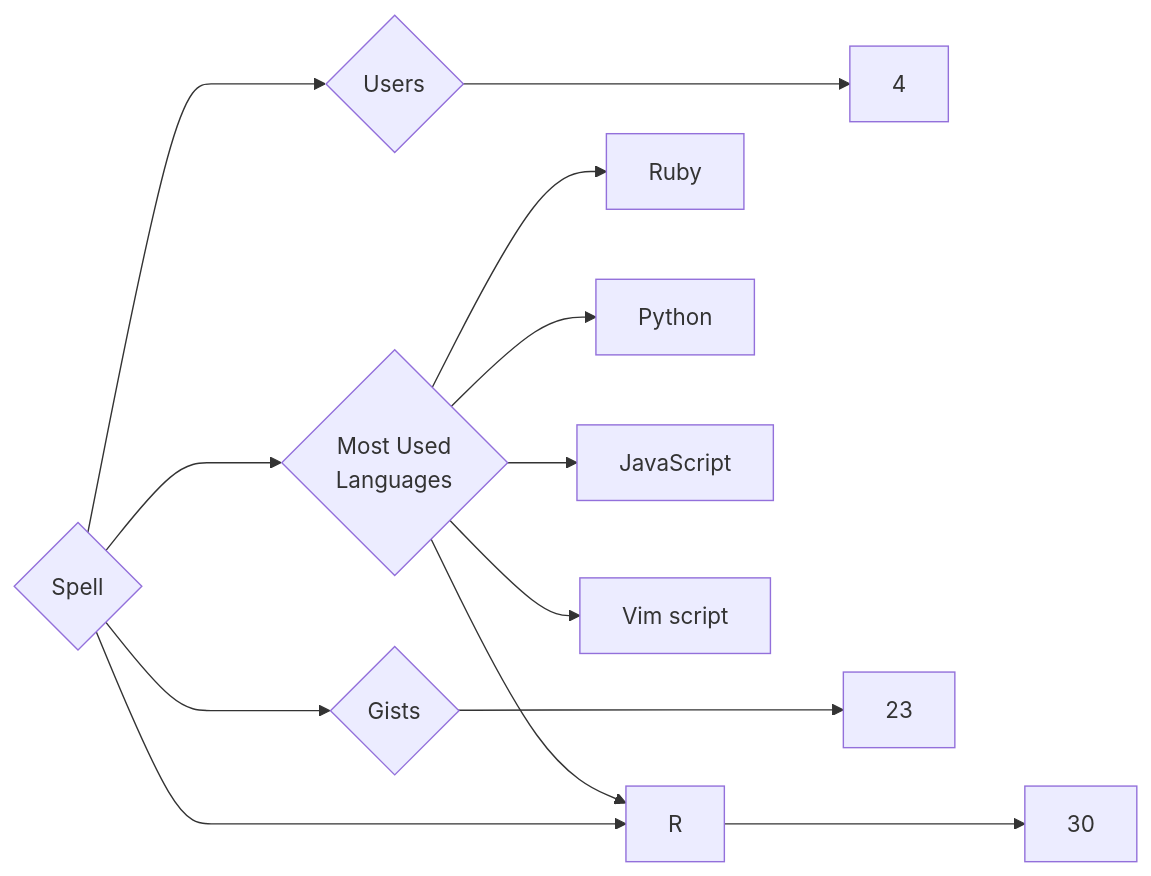
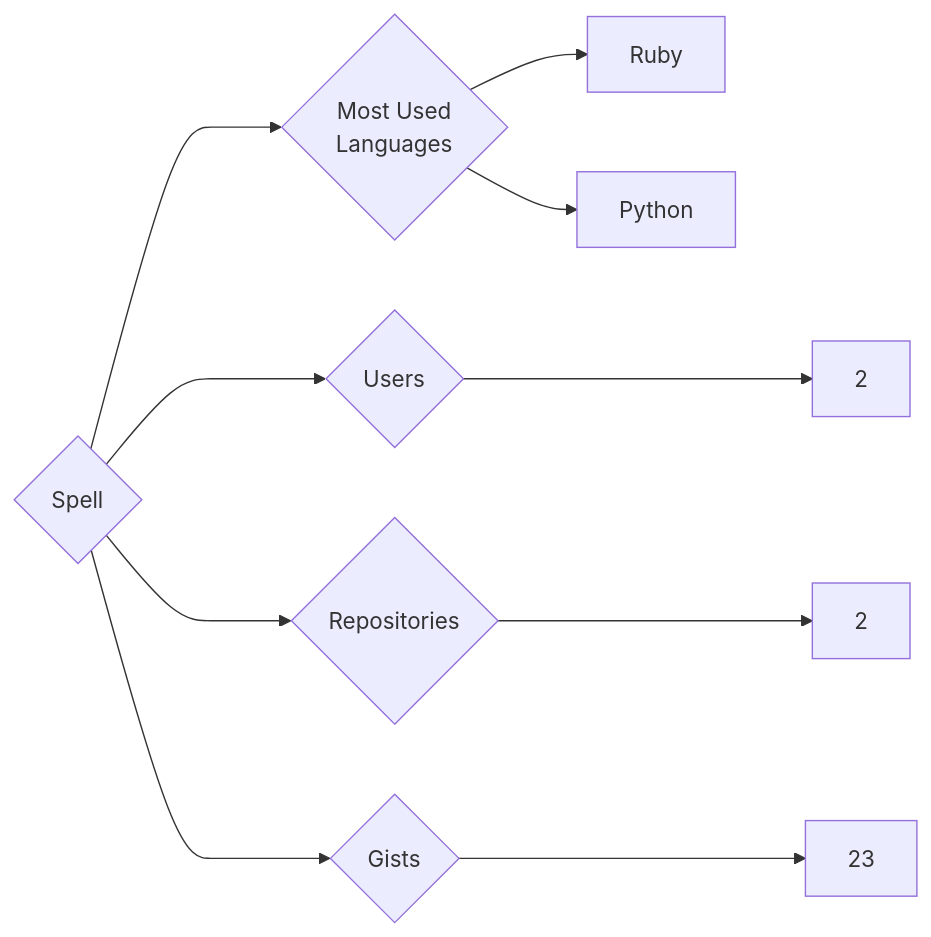
The diagram in targets/Spell/README.md (trickest/insiders), drawn with Mermaid before and after one commit. The commit also changed 970 other files, not shown here.

````diff
--- a/targets/Spell/README.md
+++ b/targets/Spell/README.md
@@ -3,13 +3,10 @@
 ```mermaid
 graph LR
 COMPANY_NAME{Spell}
-COMPANY_NAME ---> U{Users} ---> UN[4]
-COMPANY_NAME ---> R{Repositories} ---> RN[30]
+COMPANY_NAME ---> U{Users} ---> UN[2]
+COMPANY_NAME ---> R{Repositories} ---> RN[2]
 COMPANY_NAME ---> G{Gists} ---> GN[23]
 COMPANY_NAME ---> ML{Most Used<br>Languages}
 ML --> Ruby[Ruby]
 ML --> Python[Python]
-ML --> R[R]
-ML --> JavaScript[JavaScript]
-ML --> Vim_script[Vim script]
 ```
````
